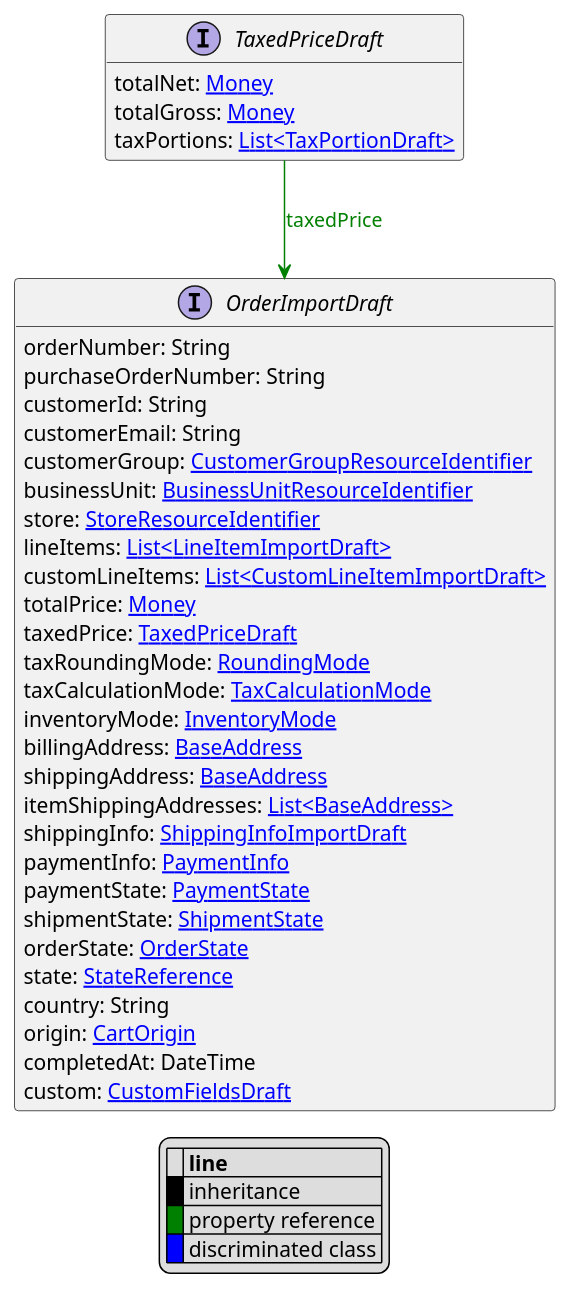
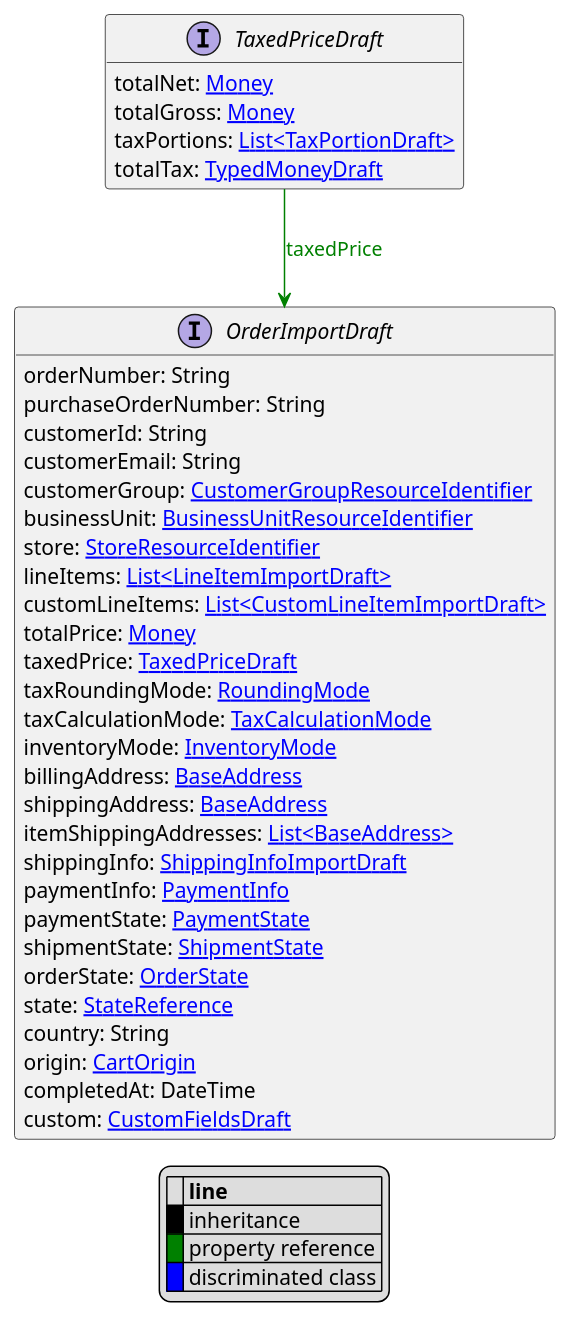
The diagram in uml/api/TaxedPriceDraft.puml (commercetools/commercetools-api-reference), drawn with PlantUML before and after one commit. The commit also changed 8 other files, not shown here.

```diff
--- a/uml/api/TaxedPriceDraft.puml
+++ b/uml/api/TaxedPriceDraft.puml
@@ -1,50 +1,51 @@
 @startuml
 
 hide empty fields
 hide empty methods
 legend
 |= |= line |
 |<back:black>   </back>| inheritance |
 |<back:green>   </back>| property reference |
 |<back:blue>   </back>| discriminated class |
 endlegend
 interface TaxedPriceDraft [[TaxedPriceDraft.svg]]  {
     totalNet: [[Money.svg Money]]
     totalGross: [[Money.svg Money]]
     taxPortions: [[TaxPortionDraft.svg List<TaxPortionDraft>]]
+    totalTax: [[TypedMoneyDraft.svg TypedMoneyDraft]]
 }
 
 
 
 interface OrderImportDraft [[OrderImportDraft.svg]]  {
     orderNumber: String
     purchaseOrderNumber: String
     customerId: String
     customerEmail: String
     customerGroup: [[CustomerGroupResourceIdentifier.svg CustomerGroupResourceIdentifier]]
     businessUnit: [[BusinessUnitResourceIdentifier.svg BusinessUnitResourceIdentifier]]
     store: [[StoreResourceIdentifier.svg StoreResourceIdentifier]]
     lineItems: [[LineItemImportDraft.svg List<LineItemImportDraft>]]
     customLineItems: [[CustomLineItemImportDraft.svg List<CustomLineItemImportDraft>]]
     totalPrice: [[Money.svg Money]]
     taxedPrice: [[TaxedPriceDraft.svg TaxedPriceDraft]]
     taxRoundingMode: [[RoundingMode.svg RoundingMode]]
     taxCalculationMode: [[TaxCalculationMode.svg TaxCalculationMode]]
     inventoryMode: [[InventoryMode.svg InventoryMode]]
     billingAddress: [[BaseAddress.svg BaseAddress]]
     shippingAddress: [[BaseAddress.svg BaseAddress]]
     itemShippingAddresses: [[BaseAddress.svg List<BaseAddress>]]
     shippingInfo: [[ShippingInfoImportDraft.svg ShippingInfoImportDraft]]
     paymentInfo: [[PaymentInfo.svg PaymentInfo]]
     paymentState: [[PaymentState.svg PaymentState]]
     shipmentState: [[ShipmentState.svg ShipmentState]]
     orderState: [[OrderState.svg OrderState]]
     state: [[StateReference.svg StateReference]]
     country: String
     origin: [[CartOrigin.svg CartOrigin]]
     completedAt: DateTime
     custom: [[CustomFieldsDraft.svg CustomFieldsDraft]]
 }
 
 TaxedPriceDraft --> OrderImportDraft #green;text:green : "taxedPrice"
 @enduml
```
